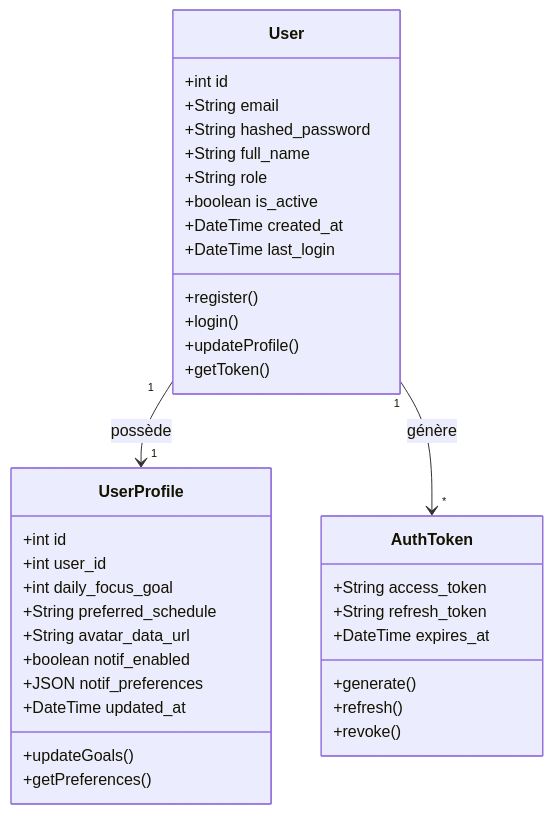
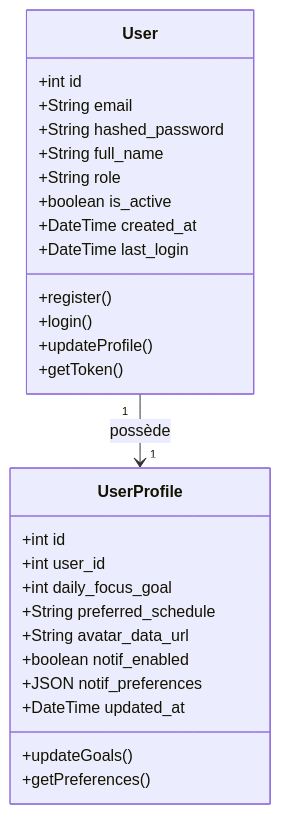
Before and after one commit to Jkacem/smart_focus: the third of 7 diagrams in docs/Conception_DiagrammeClasses.md, drawn with Mermaid. The commit also changed other lines of this file and 93 other files, not shown here.

````diff
--- a/docs/Conception_DiagrammeClasses.md
+++ b/docs/Conception_DiagrammeClasses.md
@@ -511,42 +319,32 @@
 ```mermaid
 classDiagram
     class User {
         +int id
         +String email
         +String hashed_password
         +String full_name
         +String role
         +boolean is_active
         +DateTime created_at
         +DateTime last_login
         +register()
         +login()
         +updateProfile()
         +getToken()
     }
 
     class UserProfile {
         +int id
         +int user_id
         +int daily_focus_goal
         +String preferred_schedule
         +String avatar_data_url
         +boolean notif_enabled
         +JSON notif_preferences
         +DateTime updated_at
         +updateGoals()
         +getPreferences()
     }
 
-    class AuthToken {
-        +String access_token
-        +String refresh_token
-        +DateTime expires_at
-        +generate()
-        +refresh()
-        +revoke()
-    }
-
     User "1" --> "1" UserProfile : possède
-    User "1" --> "*" AuthToken : génère
 ```
````
